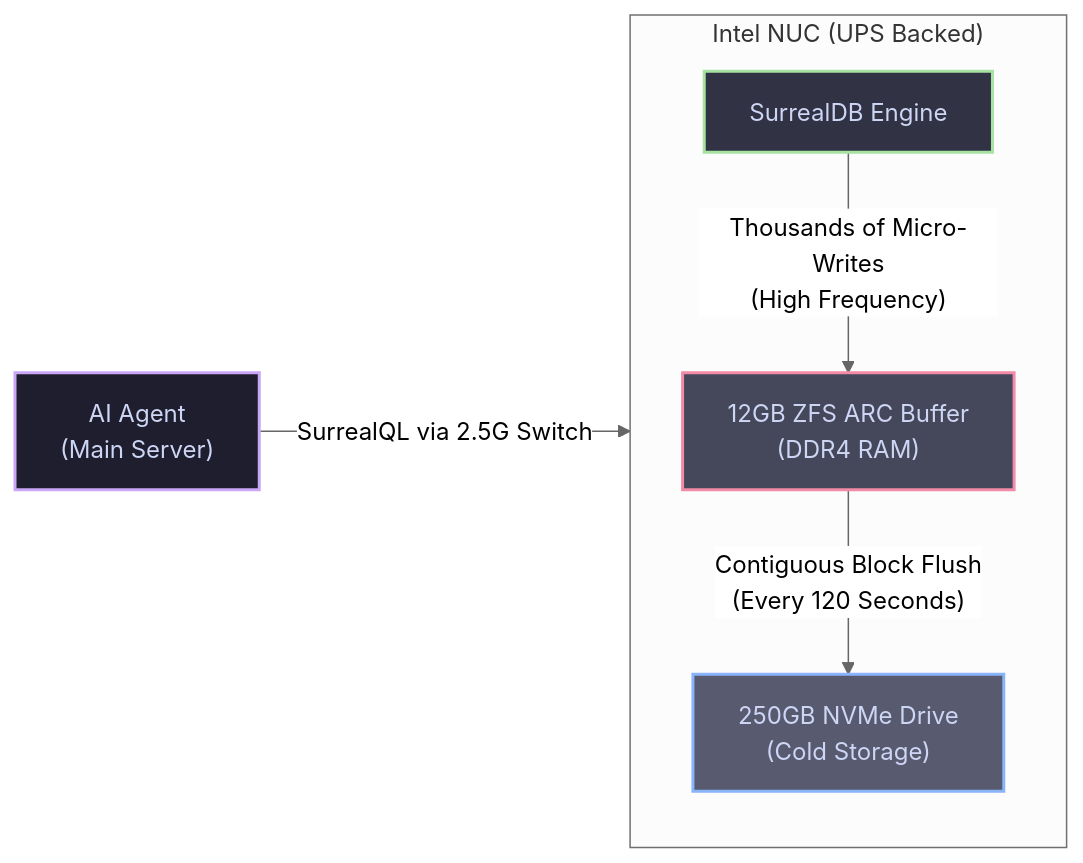
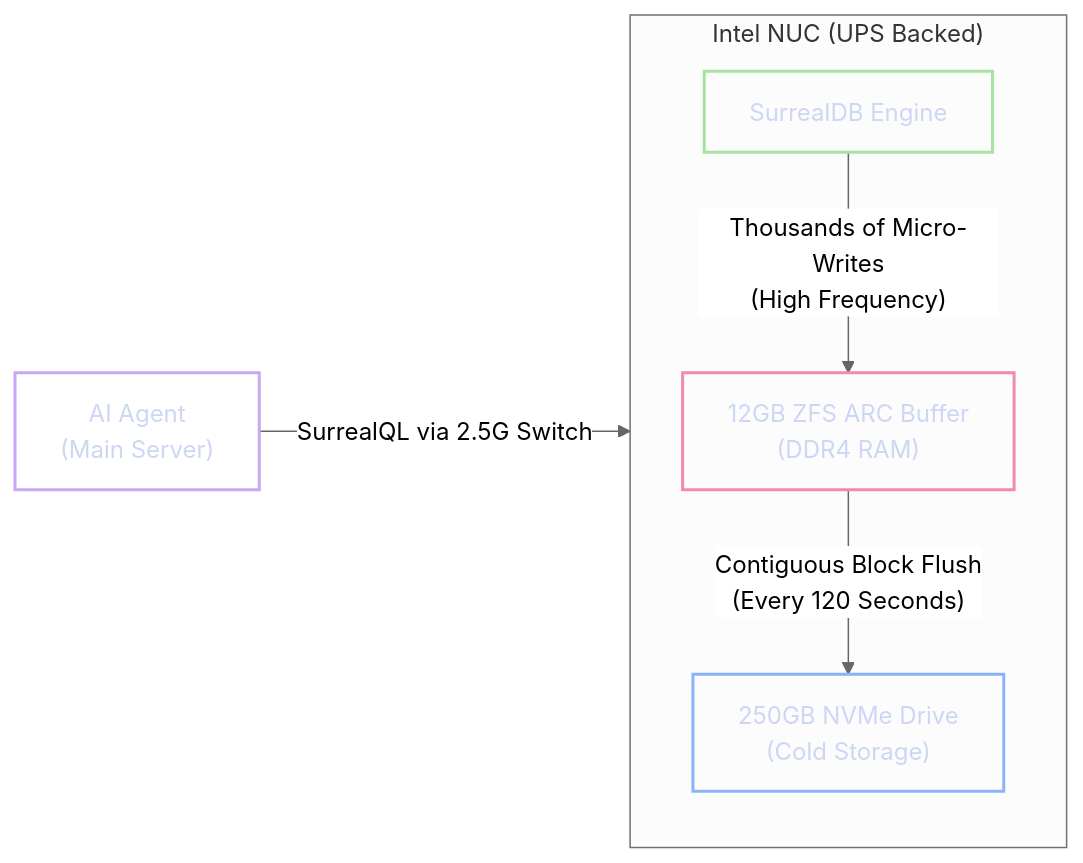
Before and after one commit to foersben/janus-synapse-edge: the diagram in docs/06. Data Layer & Memory Substrate.md, drawn with Mermaid (neutral theme). The commit also changed 11 other files, not shown here.

Commit message:
fixed diagrams

````diff
--- a/docs/06. Data Layer & Memory Substrate.md
+++ b/docs/06. Data Layer & Memory Substrate.md
@@ -42,22 +42,22 @@
 ```mermaid
 flowchart LR
     %% Data Layer Architecture
-    classDef main fill:#1e1e2e,stroke:#cba6f7,stroke-width:2px,color:#cdd6f4
-    classDef nuc fill:#313244,stroke:#a6e3a1,stroke-width:2px,color:#cdd6f4
-    classDef ram fill:#45475a,stroke:#f38ba8,stroke-width:2px,color:#cdd6f4
-    classDef disk fill:#585b70,stroke:#89b4fa,stroke-width:2px,color:#cdd6f4
+    classDef main fill:transparent,stroke:#cba6f7,stroke-width:2px,color:#cdd6f4
+    classDef nuc fill:transparent,stroke:#a6e3a1,stroke-width:2px,color:#cdd6f4
+    classDef ram fill:transparent,stroke:#f38ba8,stroke-width:2px,color:#cdd6f4
+    classDef disk fill:transparent,stroke:#89b4fa,stroke-width:2px,color:#cdd6f4
 
     Agent["AI Agent<br/>(Main Server)"]:::main
 
     subgraph Edge_Brain["Intel NUC (UPS Backed)"]
         direction TB
         DB["SurrealDB Engine"]:::nuc
         ARC["12GB ZFS ARC Buffer<br/>(DDR4 RAM)"]:::ram
         SSD["250GB NVMe Drive<br/>(Cold Storage)"]:::disk
 
         DB -- "Thousands of Micro-Writes<br/>(High Frequency)" --> ARC
         ARC -- "Contiguous Block Flush<br/>(Every 120 Seconds)" --> SSD
     end
 
     Agent -- "SurrealQL via 2.5G Switch" --> Edge_Brain
 ```
````
